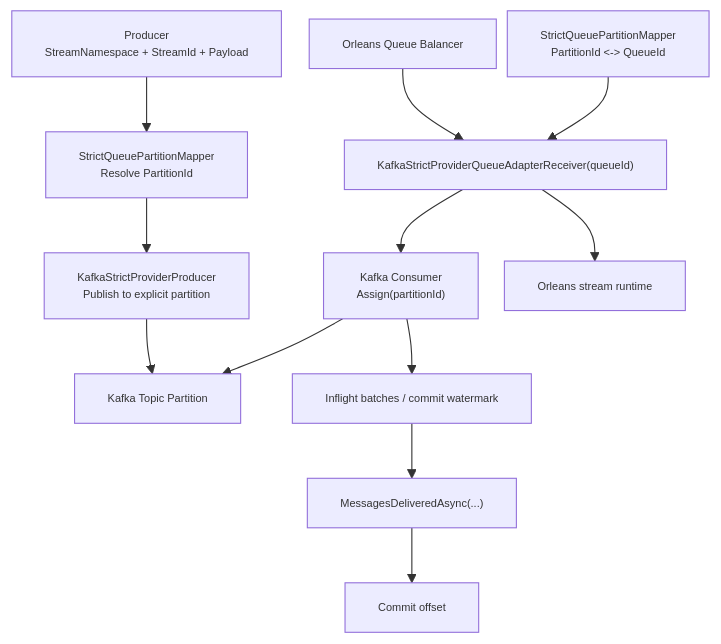
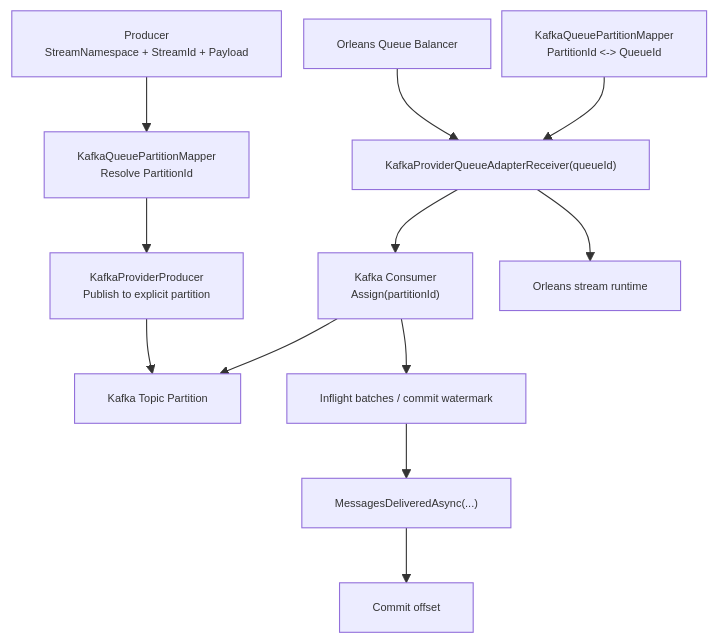
Before and after one commit to aevatarAI/aevatar: the diagram in docs/architecture/2026-03-19-kafka-partition-aware-transport-design.md, drawn with Mermaid. The commit also changed other lines of this file and 36 other files, not shown here.

Commit message:
Rename Kafka provider transport and align shared groups

````diff
--- a/docs/architecture/2026-03-19-kafka-partition-aware-transport-design.md
+++ b/docs/architecture/2026-03-19-kafka-partition-aware-transport-design.md
@@ -35,24 +35,24 @@
 ```mermaid
 %%{init: {"maxTextSize": 100000, "flowchart": {"useMaxWidth": false, "nodeSpacing": 10, "rankSpacing": 50}, "themeVariables": {"fontSize": "10px"}}}%%
 flowchart TB
     A1["Producer<br/>StreamNamespace + StreamId + Payload"]
-    A2["StrictQueuePartitionMapper<br/>Resolve PartitionId"]
-    A3["KafkaStrictProviderProducer<br/>Publish to explicit partition"]
+    A2["KafkaQueuePartitionMapper<br/>Resolve PartitionId"]
+    A3["KafkaProviderProducer<br/>Publish to explicit partition"]
     A4["Kafka Topic Partition"]
 
     B1["Orleans Queue Balancer"]
-    B2["StrictQueuePartitionMapper<br/>PartitionId <-> QueueId"]
-    B3["KafkaStrictProviderQueueAdapterReceiver(queueId)"]
+    B2["KafkaQueuePartitionMapper<br/>PartitionId <-> QueueId"]
+    B3["KafkaProviderQueueAdapterReceiver(queueId)"]
     B4["Kafka Consumer<br/>Assign(partitionId)"]
     B5["Inflight batches / commit watermark"]
     B6["MessagesDeliveredAsync(...)"]
     B7["Commit offset"]
     B8["Orleans stream runtime"]
 
     A1 --> A2 --> A3 --> A4
     B1 --> B3
     B2 --> B3
     B3 --> B4 --> A4
     B4 --> B5 --> B6 --> B7
     B3 --> B8
 ```
````
